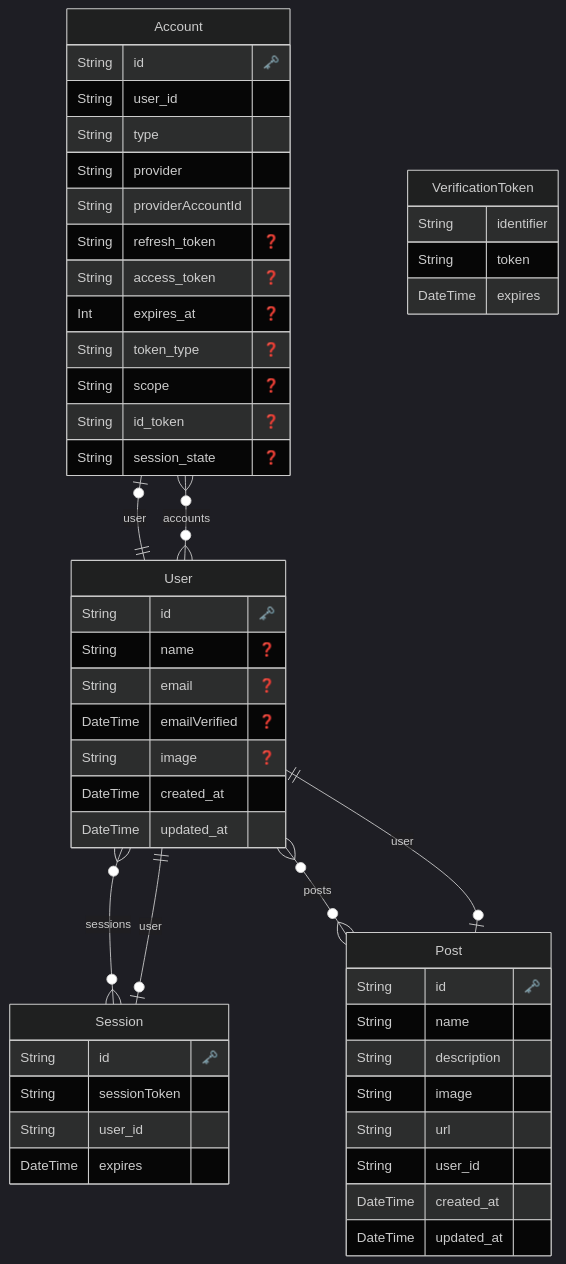
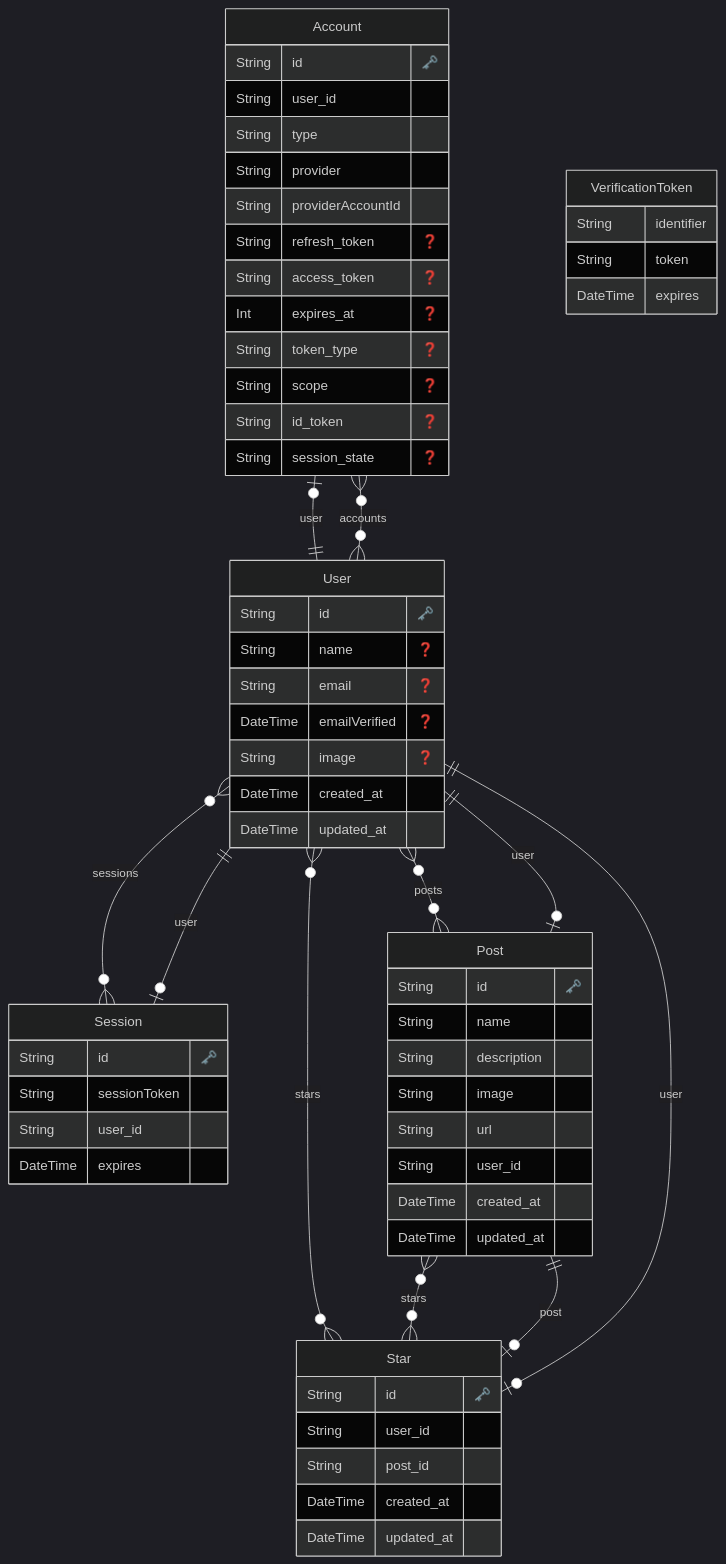
The diagram in prisma/ERD.md (YuukiHayashi0510/design_sys_hub), drawn with Mermaid (dark theme) before and after one commit. The commit also changed 11 other files, not shown here.

````diff
--- a/prisma/ERD.md
+++ b/prisma/ERD.md
@@ -1,63 +1,76 @@
 ```mermaid
 erDiagram
 
   "Account" {
     String id "🗝️"
     String user_id 
     String type 
     String provider 
     String providerAccountId 
     String refresh_token "❓"
     String access_token "❓"
     Int expires_at "❓"
     String token_type "❓"
     String scope "❓"
     String id_token "❓"
     String session_state "❓"
     }
   
 
   "Session" {
     String id "🗝️"
     String sessionToken 
     String user_id 
     DateTime expires 
     }
   
 
   "User" {
     String id "🗝️"
     String name "❓"
     String email "❓"
     DateTime emailVerified "❓"
     String image "❓"
     DateTime created_at 
     DateTime updated_at 
     }
   
 
   "VerificationToken" {
     String identifier 
     String token 
     DateTime expires 
     }
   
 
   "Post" {
     String id "🗝️"
     String name 
     String description 
     String image 
     String url 
     String user_id 
     DateTime created_at 
     DateTime updated_at 
     }
   
+
+  "Star" {
+    String id "🗝️"
+    String user_id 
+    String post_id 
+    DateTime created_at 
+    DateTime updated_at 
+    }
+  
     "Account" o|--|| "User" : "user"
     "Session" o|--|| "User" : "user"
     "User" o{--}o "Account" : "accounts"
     "User" o{--}o "Session" : "sessions"
     "User" o{--}o "Post" : "posts"
+    "User" o{--}o "Star" : "stars"
     "Post" o|--|| "User" : "user"
+    "Post" o{--}o "Star" : "stars"
+    "Star" o|--|| "Post" : "post"
+    "Star" o|--|| "User" : "user"
 ```
````
